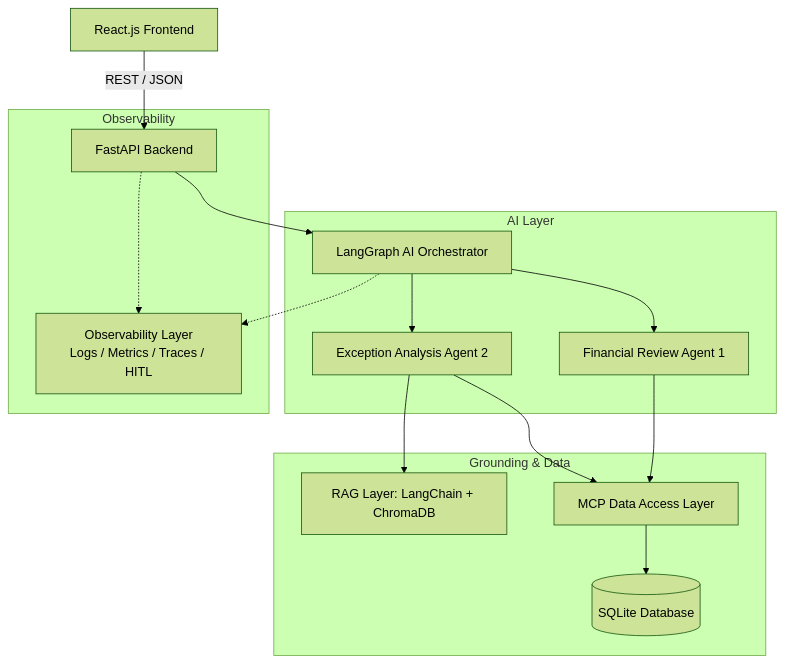
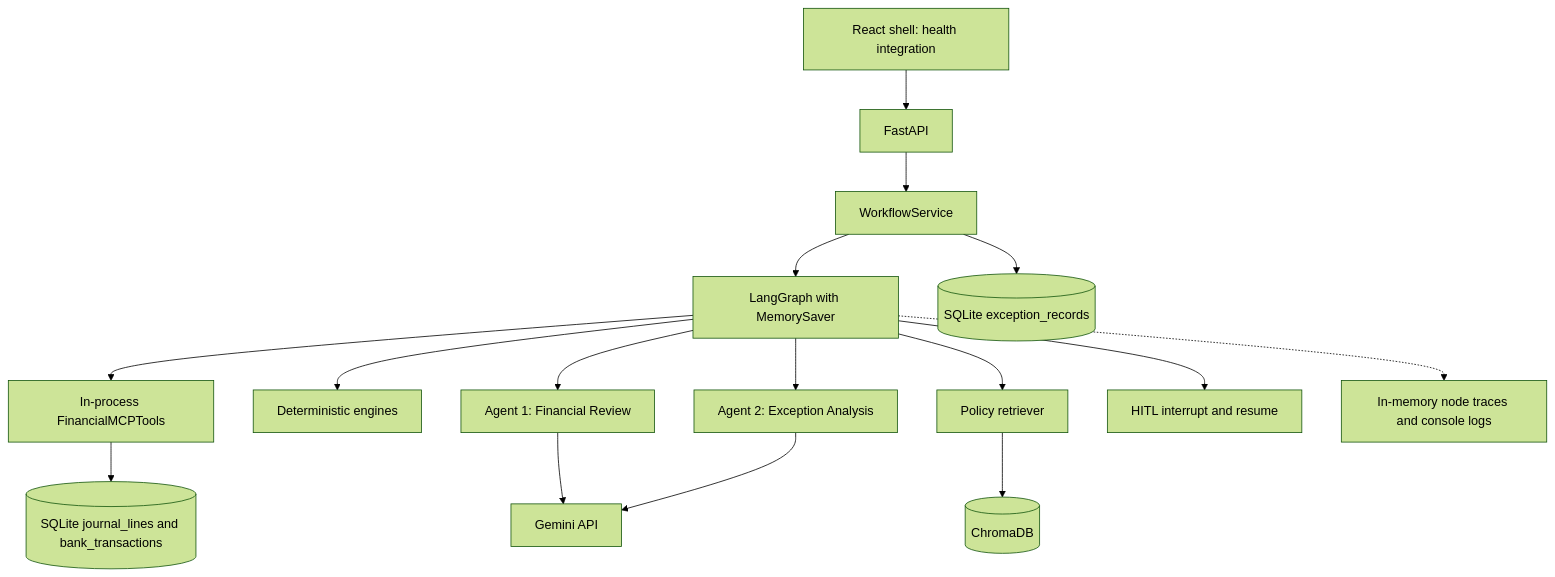
Before and after one commit to Iqbalshahzad96/ClosureIQ: the first of 2 diagrams in docs/architecture/overview.md, drawn with Mermaid (forest theme). The commit also changed other lines of this file and 9 other files, not shown here.

````diff
--- a/docs/architecture/overview.md
+++ b/docs/architecture/overview.md
@@ -5,22 +28,18 @@
 ```mermaid
 flowchart TD
-    UI[React.js Frontend] -->|REST / JSON| API[FastAPI Backend]
-    API --> ORCH[LangGraph AI Orchestrator]
-    
-    subgraph AI Layer
-        ORCH --> AG1[Financial Review Agent 1]
-        ORCH --> AG2[Exception Analysis Agent 2]
-    end
-    
-    subgraph Grounding & Data
-        AG2 --> RAG[RAG Layer: LangChain + ChromaDB]
-        AG1 --> MCP[MCP Data Access Layer]
-        AG2 --> MCP
-        MCP --> DB[(SQLite Database)]
-    end
-    
-    subgraph Observability
-        API -.-> OBS[Observability Layer\nLogs / Metrics / Traces / HITL]
-        ORCH -.-> OBS
-    end
+    UI[React shell: health integration] --> API[FastAPI]
+    API --> WS[WorkflowService]
+    WS --> G[LangGraph with MemorySaver]
+    G --> M[In-process FinancialMCPTools]
+    M --> DB[(SQLite journal_lines and bank_transactions)]
+    G --> E[Deterministic engines]
+    G --> A1[Agent 1: Financial Review]
+    G --> R[Policy retriever]
+    R --> C[(ChromaDB)]
+    G --> A2[Agent 2: Exception Analysis]
+    A1 --> L[Gemini API]
+    A2 --> L
+    G --> H[HITL interrupt and resume]
+    WS --> X[(SQLite exception_records)]
+    G -.-> T[In-memory node traces and console logs]
 ```
````
